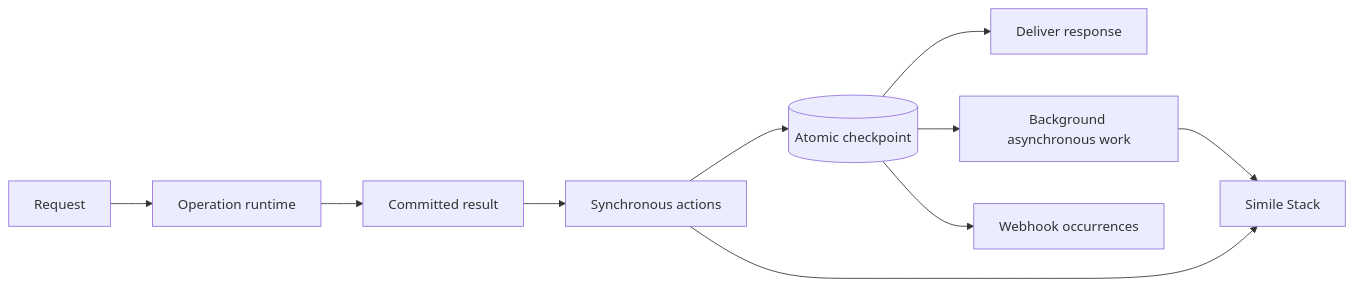
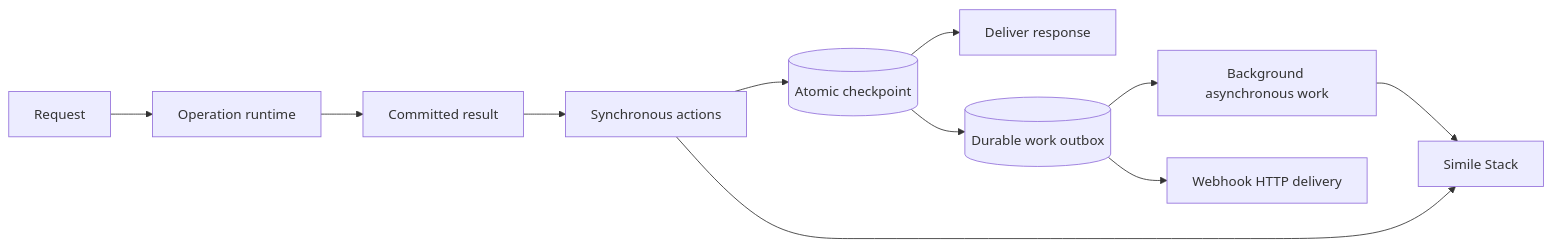
One commit to inttegro/simile changed the diagram in docs/dependencies-and-effects.md. Above: the diagram before and after it, drawn with Mermaid. The commit also changed other lines of this file and 18 other files, not shown here.

````diff
--- a/docs/dependencies-and-effects.md
+++ b/docs/dependencies-and-effects.md
@@ -11,12 +11,13 @@
 ```mermaid
 flowchart LR
   Request --> Runtime[Operation runtime]
   Runtime --> Result[Committed result]
   Result --> Sync[Synchronous actions]
   Sync --> Checkpoint[(Atomic checkpoint)]
   Checkpoint --> Response[Deliver response]
-  Checkpoint --> Async[Background asynchronous work]
-  Checkpoint --> Webhooks[Webhook occurrences]
+  Checkpoint --> Outbox[(Durable work outbox)]
+  Outbox --> Async[Background asynchronous work]
+  Outbox --> Webhooks[Webhook HTTP delivery]
   Sync --> Stack[Simile Stack]
   Async --> Stack
 ```
````
